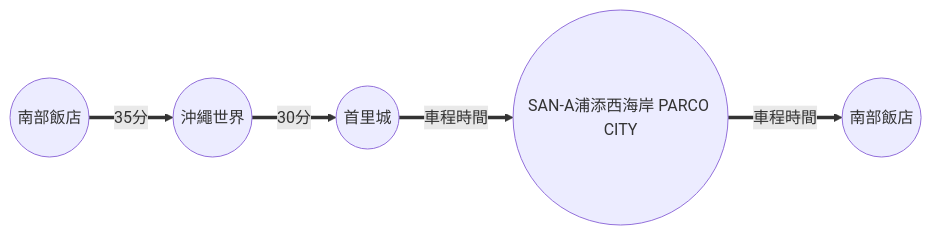
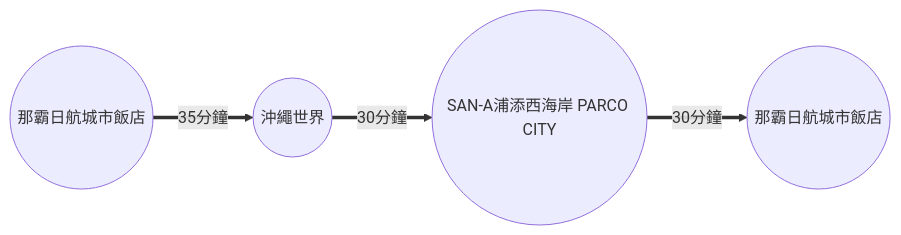
Before and after one commit to wilder640/trip: the fifth of 6 diagrams in docs/blog/posts/okinawa/okinawa-2024-12/okinawa-2024-12.md, drawn with Mermaid. The commit also changed other lines of this file and 13 other files, not shown here.

````diff
--- a/docs/blog/posts/okinawa/okinawa-2024-12/okinawa-2024-12.md
+++ b/docs/blog/posts/okinawa/okinawa-2024-12/okinawa-2024-12.md
@@ -81,4 +171,4 @@
 ``` mermaid
 graph LR
-  A((南部飯店)) == 35分 ==> B((沖繩世界)) == 30分 ==> C((首里城)) == 車程時間 ==> D((SAN-A浦添西海岸 PARCO CITY)) == 車程時間 ==> E((南部飯店))
+  A((那霸日航城市飯店)) == 35分鐘 ==> B((沖繩世界)) == 30分鐘 ==>  C((SAN-A浦添西海岸 PARCO CITY)) == 30分鐘 ==> D((那霸日航城市飯店))
 ```
````
